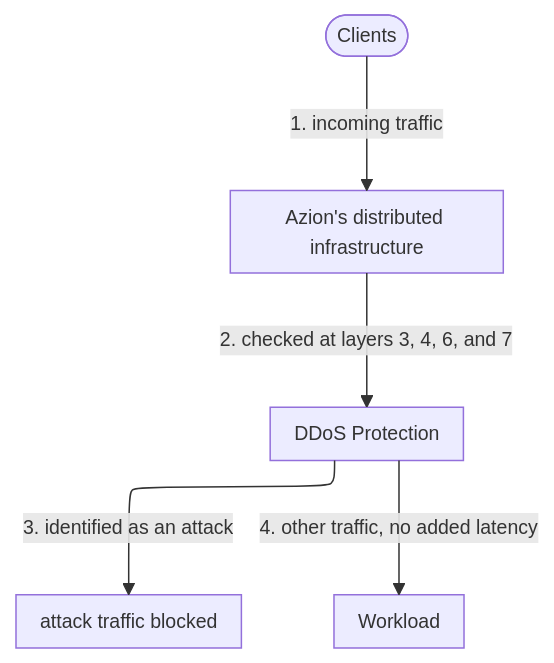
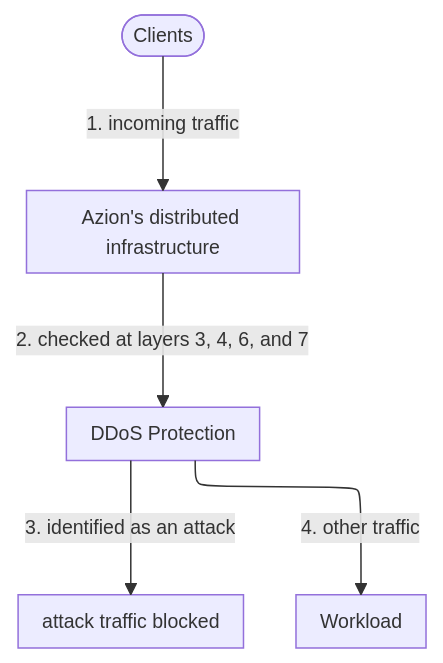
Before and after one commit to aziontech/docs: the diagram in apps/docs/src/content/docs/en/pages/main-menu/reference/secure/edge-firewall/ddos-protection/ddos-mitigation.mdx, drawn with Mermaid. The commit also changed other lines of this file and 19 other files, not shown here.

````diff
--- a/apps/docs/src/content/docs/en/pages/main-menu/reference/secure/edge-firewall/ddos-protection/ddos-mitigation.mdx
+++ b/apps/docs/src/content/docs/en/pages/main-menu/reference/secure/edge-firewall/ddos-protection/ddos-mitigation.mdx
@@ -34,13 +34,13 @@
 ```mermaid
 %%{init: {"layout": "elk", "elk": {"preset": "modelOrder", "keepEntryNodeOnTop": true}, "themeVariables": {"fontSize": "13px"}, "flowchart": {"nodeSpacing": 24, "rankSpacing": 36, "padding": 8, "wrappingWidth": 150, "useMaxWidth": true}, "sequence": {"width": 120, "actorMargin": 30, "useMaxWidth": true}}}%%
 flowchart TD
   Clients(["Clients"])
   Infra["Azion's distributed infrastructure"]
   DDoS["DDoS Protection"]
   Drop["attack traffic blocked"]
   WL["Workload"]
   Clients -->|"1. incoming traffic"| Infra
   Infra -->|"2. checked at layers 3, 4, 6, and 7"| DDoS
   DDoS -->|"3. identified as an attack"| Drop
-  DDoS -->|"4. other traffic, no added latency"| WL
+  DDoS -->|"4. other traffic"| WL
 ```
````
